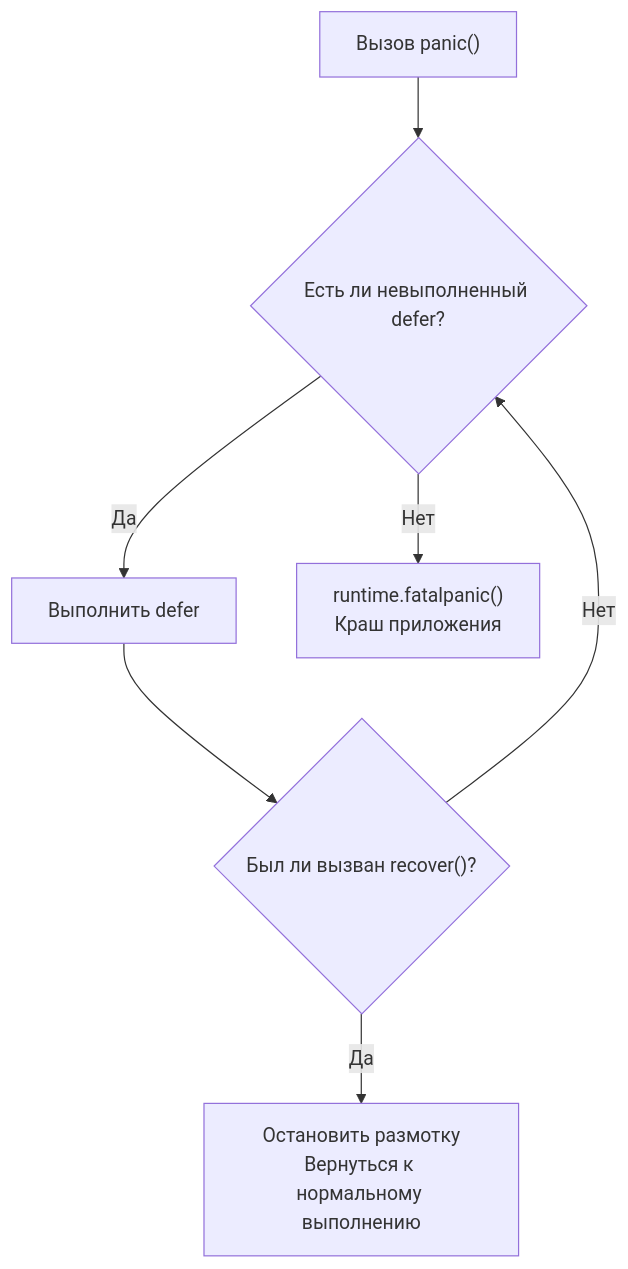
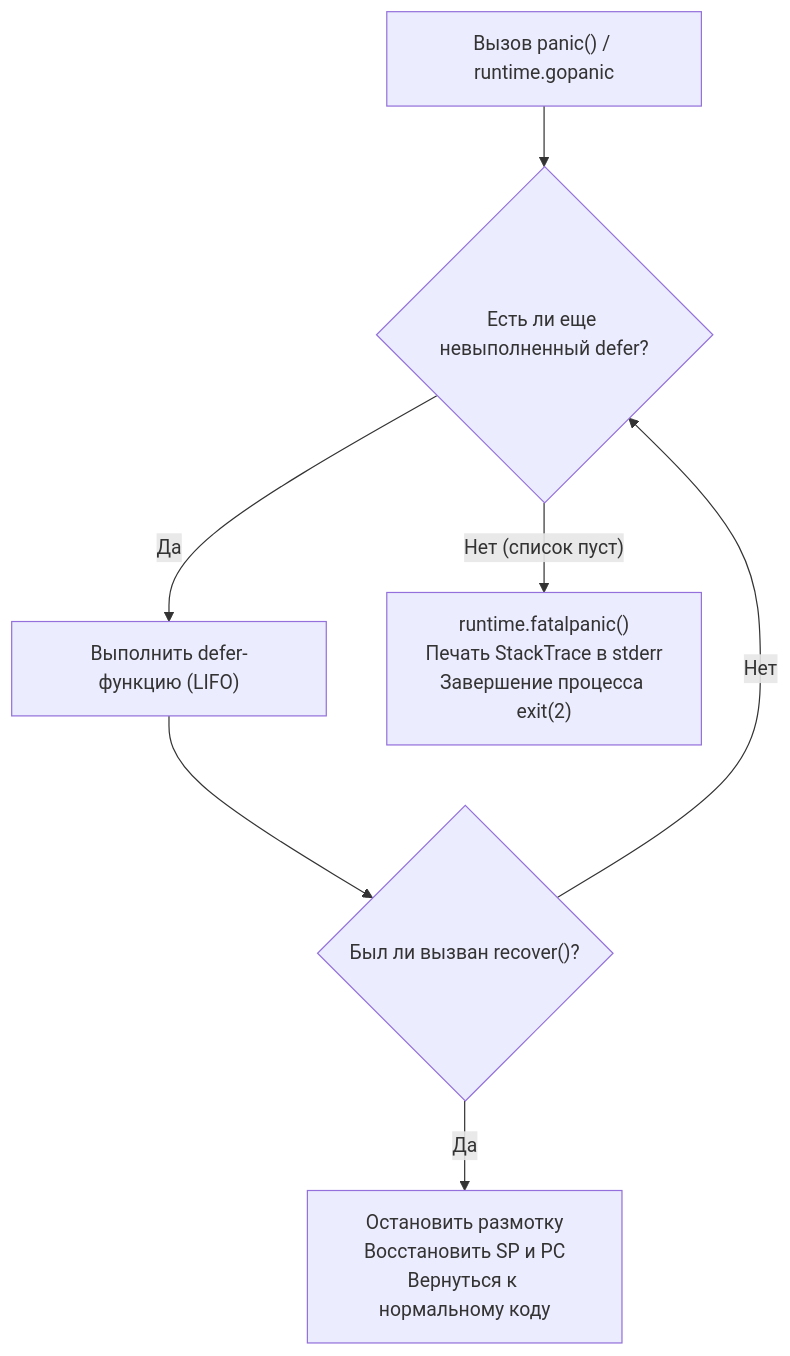
One commit to UnrealTemplier/go-textbook changed the second of 3 diagrams in sources/7. Глубокий Go (Внутреннее устройство)/39. defer, panic и recover под капотом.md. Above: the diagram before and after it, drawn with Mermaid. The commit also changed other lines of this file, not shown here.

````diff
--- a/sources/7. Глубокий Go (Внутреннее устройство)/39. defer, panic и recover под капотом.md
+++ b/sources/7. Глубокий Go (Внутреннее устройство)/39. defer, panic и recover под капотом.md
@@ -60,12 +94,12 @@
 ```mermaid
 flowchart TD
-    PANIC["Вызов panic()"] --> GET_DEFER{"Есть ли невыполненный defer?"}
+    PANIC["Вызов panic() / runtime.gopanic"] --> GET_DEFER{"Есть ли еще невыполненный defer?"}
     
-    GET_DEFER -->|"Да"| RUN_DEFER["Выполнить defer"]
+    GET_DEFER -->|"Да"| RUN_DEFER["Выполнить defer-функцию (LIFO)"]
     RUN_DEFER --> CHECK_RECOVER{"Был ли вызван recover()?"}
     
     CHECK_RECOVER -->|"Нет"| GET_DEFER
-    CHECK_RECOVER -->|"Да"| STOP_PANIC["Остановить размотку<br>Вернуться к нормальному выполнению"]
+    CHECK_RECOVER -->|"Да"| STOP_PANIC["Остановить размотку<br>Восстановить SP и PC<br>Вернуться к нормальному коду"]
     
-    GET_DEFER -->|"Нет"| FATAL["runtime.fatalpanic()<br>Краш приложения"]
+    GET_DEFER -->|"Нет (список пуст)"| FATAL["runtime.fatalpanic()<br>Печать StackTrace в stderr<br>Завершение процесса exit(2)"]
 ```
````
